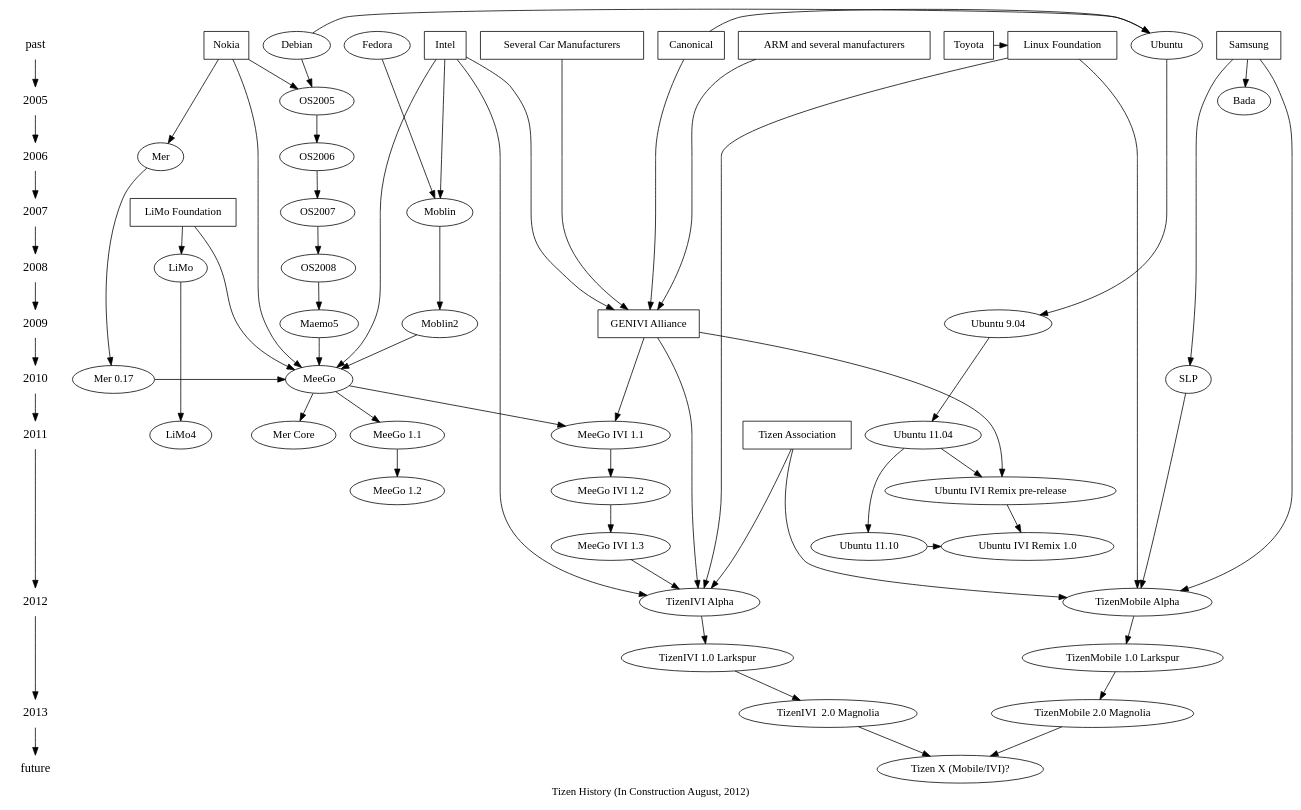
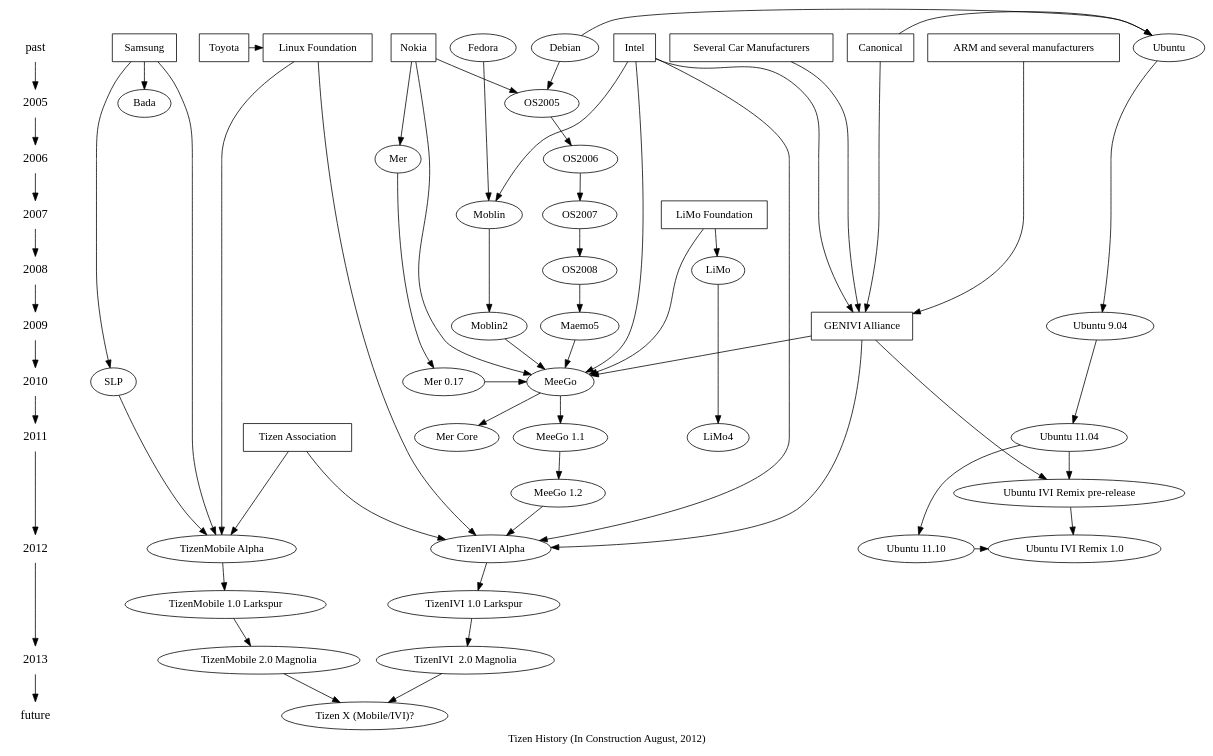
One commit to kumadasu/tizen-history changed the diagram in tizen-history.dot. Above: the diagram before and after it, drawn with Graphviz. The commit also changed 1 other file, not shown here.

Commit message:
Integrate MeeGo IVI to MeeGo(handset), and delete MeeGo 1.3

```diff
--- a/tizen-history.dot
+++ b/tizen-history.dot
@@ -1,87 +1,85 @@
 digraph tizenhistory {
 graph [label="Tizen History (In Construction August, 2012)"]
 /*timeline*/
 {
 	node [shape=plaintext, fontsize=16];
 	"past" -> /*1990 ->
 	1991 -> 1992 -> 1993 -> 1994 -> 1995 ->
 	1996 -> 1997 -> 1998 -> 1999 -> 2000 ->
 	2001 -> 2002 -> 2003 -> 2004 ->*/ 2005 ->
 	2006 -> 2007 -> 2008 -> 2009 -> 2010 ->
 	2011 -> 2012 -> 2013 -> "future";
 }
 
 /* Organizations */
 {
 	node [shape=box];
 	{ rank = same; "past"; "Nokia"}
 	{ rank = same; "past"; "Intel"}
 	{ rank = same; "past"; "Samsung"}
 	{ rank = same; "past"; "ARM and several manufacturers"}
 	{ rank = same; "past"; "Several Car Manufacturers"}
 	{ rank = same; "past"; "Canonical"}
 	{ rank = same; "past"; "Linux Foundation"}
 	{ rank = same; "past"; "Toyota"}
 	{ rank = same; "2007"; "LiMo Foundation"}
 	{ rank = same; "2009"; "GENIVI Alliance"}
 	{ rank = same; "2011"; "Tizen Association"} //?
 "Toyota" -> "Linux Foundation";
 "Intel" -> "GENIVI Alliance";
 "Several Car Manufacturers" -> "GENIVI Alliance";
 "ARM and several manufacturers" -> "GENIVI Alliance";
 "Canonical" -> "GENIVI Alliance";
 }
 
 /* Technologies */
 {
 	node [shape=plaintext];
 //	"HTML5";
 }
 
 /* OS */
 { rank = same; "past"; "Ubuntu"; "Fedora"; "Debian"}
 { rank = same; 2005; "OS2005"}
 { rank = same; 2006; "OS2006"}
 { rank = same; 2007; "OS2007"; "Moblin"}
 { rank = same; 2008; "OS2008"; "LiMo"}
 { rank = same; 2009; "Maemo5"; "Moblin2"; "Ubuntu 9.04"}
 { rank = same; 2010; "MeeGo"; "Mer 0.17"; "SLP"}
 { rank = same; 2011; "Ubuntu 11.04"; "LiMo4"}
 { rank = same; "Ubuntu 11.10"; "Ubuntu IVI Remix 1.0"}
 { rank = same; 2012; "TizenMobile Alpha"; "TizenIVI Alpha"};
 { rank = same; "TizenMobile 1.0 Larkspur"; "TizenIVI 1.0 Larkspur"}
 { rank = same; 2013; "TizenMobile 2.0 Magnolia"; "TizenIVI  2.0 Magnolia" }
 	"Debian" -> "Ubuntu";
 	"Debian" -> "OS2005" -> "OS2006" -> "OS2007" -> "OS2008" -> "Maemo5" -> "MeeGo";
 	"Fedora" -> "Moblin" -> "Moblin2" -> "MeeGo";
 	"Mer" -> "Mer 0.17" -> "MeeGo" -> "Mer Core";
 	"LiMo" -> "LiMo4";
-	"MeeGo" -> "MeeGo 1.1" -> "MeeGo 1.2";
-	"MeeGo" -> "MeeGo IVI 1.1" -> "MeeGo IVI 1.2" -> "MeeGo IVI 1.3" -> "TizenIVI Alpha";
+	"MeeGo" -> "MeeGo 1.1" -> "MeeGo 1.2" -> "TizenIVI Alpha";
 	"SLP" -> "TizenMobile Alpha";
 	"TizenMobile Alpha" -> "TizenMobile 1.0 Larkspur" -> "TizenMobile 2.0 Magnolia" -> "Tizen X (Mobile/IVI)?";
 	"TizenIVI Alpha" -> "TizenIVI 1.0 Larkspur" -> "TizenIVI  2.0 Magnolia" -> "Tizen X (Mobile/IVI)?";
 	"Ubuntu" -> "Ubuntu 9.04" -> "Ubuntu 11.04" -> "Ubuntu 11.10" -> "Ubuntu IVI Remix 1.0";
 	"Ubuntu 11.04" -> "Ubuntu IVI Remix pre-release" -> "Ubuntu IVI Remix 1.0";
 
 "Canonical" -> "Ubuntu";
 "Nokia" -> "OS2005";
 "Intel" -> "Moblin";
 "Intel" -> "MeeGo";
 "Nokia" -> "Mer";
 "Nokia" -> "MeeGo";
-//"Toyota" -> "MeeGo IVI 1.2";
 "Samsung" -> "Bada";
 "Samsung" -> "SLP";
 "Intel" -> "TizenIVI Alpha";
 "Samsung" -> "TizenMobile Alpha";
-"GENIVI Alliance" -> "MeeGo IVI 1.1";
+"GENIVI Alliance" -> "MeeGo";
 "GENIVI Alliance" -> "TizenIVI Alpha";
 "GENIVI Alliance" -> "Ubuntu IVI Remix pre-release";
 "LiMo Foundation" -> "LiMo";
 "LiMo Foundation" -> "MeeGo";
 "Tizen Association" -> "TizenIVI Alpha";
 "Tizen Association" -> "TizenMobile Alpha";
 "Linux Foundation" -> "TizenIVI Alpha";
 "Linux Foundation" -> "TizenMobile Alpha";
 }
```
